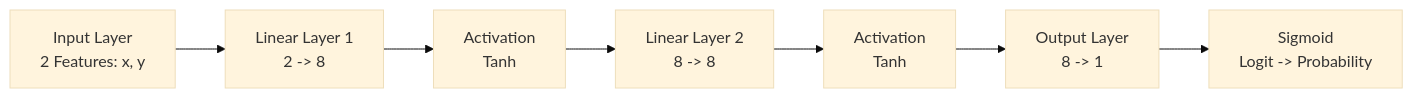
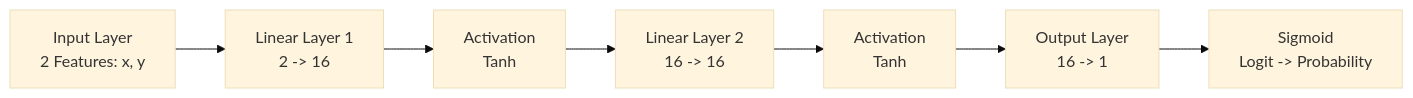
Before and after one commit to prachin77/NeuroSplit: the diagram in README.md, drawn with Mermaid (base theme). The commit also changed other lines of this file and 6 other files, not shown here.

Commit message:
Update Moon dataset, 16-node Net architecture, and documentation

````diff
--- a/README.md
+++ b/README.md
@@ -43,9 +43,9 @@
 ```mermaid
 graph LR
-    In[Input Layer<br/>2 Features: x, y] --> L1[Linear Layer 1<br/>2 -> 8]
+    In[Input Layer<br/>2 Features: x, y] --> L1[Linear Layer 1<br/>2 -> 16]
     L1 --> T1[Activation<br/>Tanh]
-    T1 --> L2[Linear Layer 2<br/>8 -> 8]
+    T1 --> L2[Linear Layer 2<br/>16 -> 16]
     L2 --> T2[Activation<br/>Tanh]
-    T2 --> Out[Output Layer<br/>8 -> 1]
+    T2 --> Out[Output Layer<br/>16 -> 1]
     Out --> Sig[Sigmoid<br/>Logit -> Probability]
 ```
````
